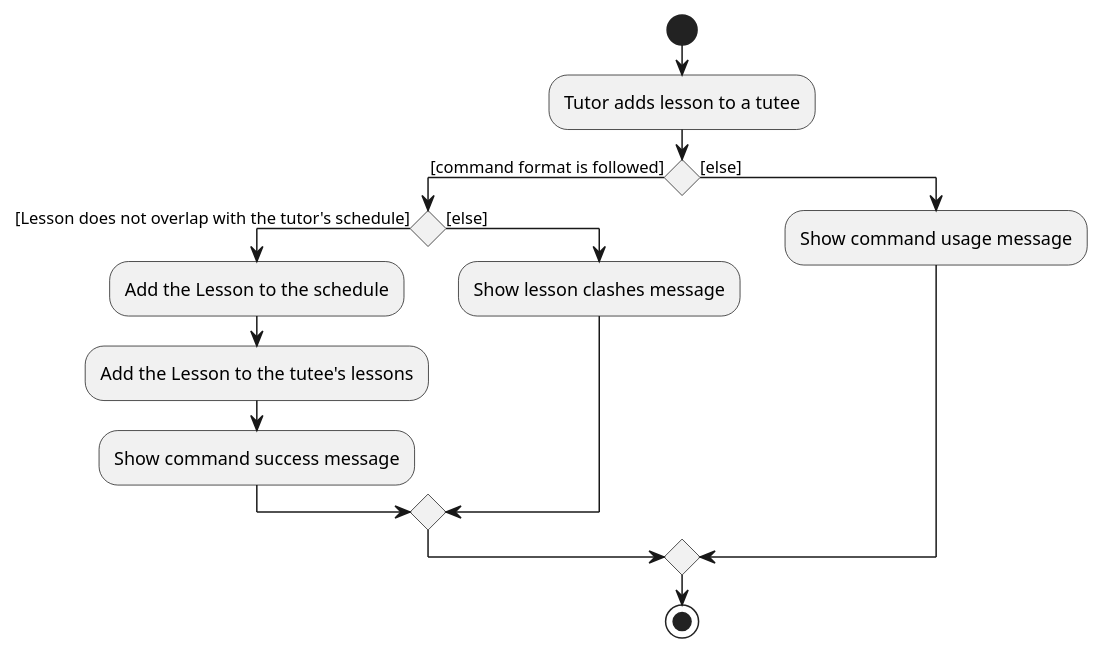
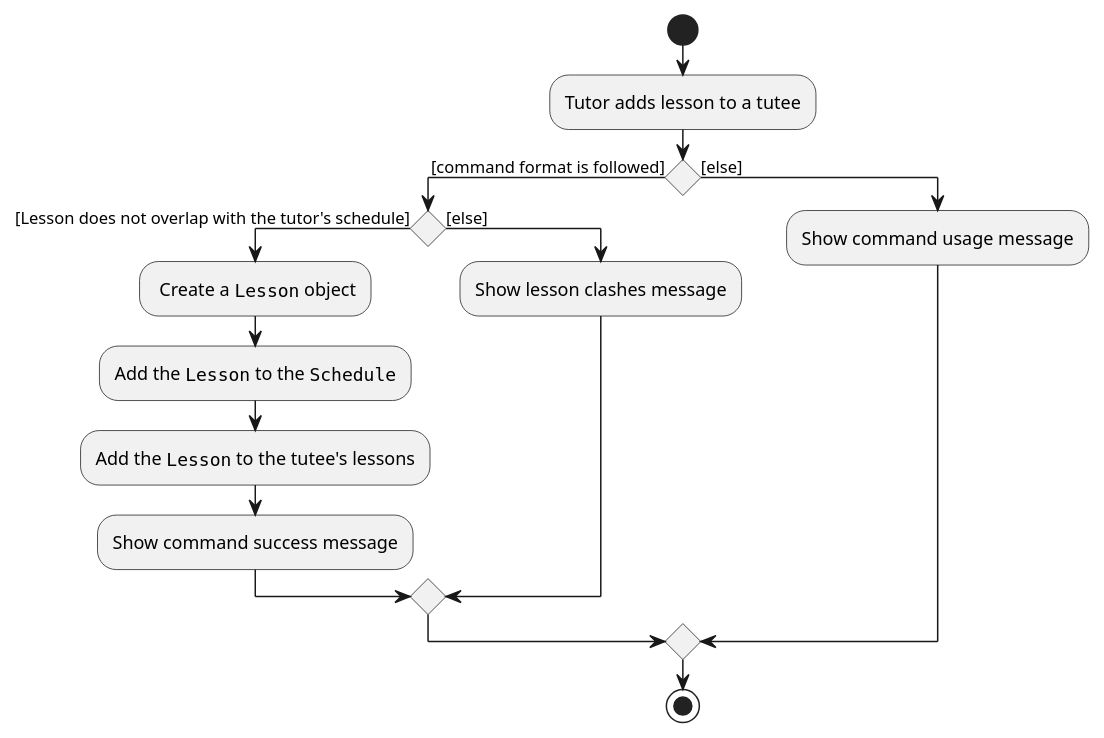
One commit to ykwei7/Track-O changed the diagram in docs/diagrams/AddLessonCommandActivityDiagram.puml. Above: the diagram before and after it, drawn with PlantUML. The commit also changed 7 other files, not shown here.

Commit message:
Update Model and Schedule UML diagrams

```diff
--- a/docs/diagrams/AddLessonCommandActivityDiagram.puml
+++ b/docs/diagrams/AddLessonCommandActivityDiagram.puml
@@ -1,19 +1,20 @@
 @startuml
 
 start
 :Tutor adds lesson to a tutee;
 
 if () then ([command format is followed])
     if () then ([Lesson does not overlap with the tutor's schedule])
-    :Add the Lesson to the schedule;
-    :Add the Lesson to the tutee's lessons;
+    : Create a ""Lesson"" object;
+    :Add the ""Lesson"" to the ""Schedule"";
+    :Add the ""Lesson"" to the tutee's lessons;
     :Show command success message;
     else ([else])
     :Show lesson clashes message;
     endif
 else ([else])
     :Show command usage message;
 endif
 stop
 
 @enduml
```
